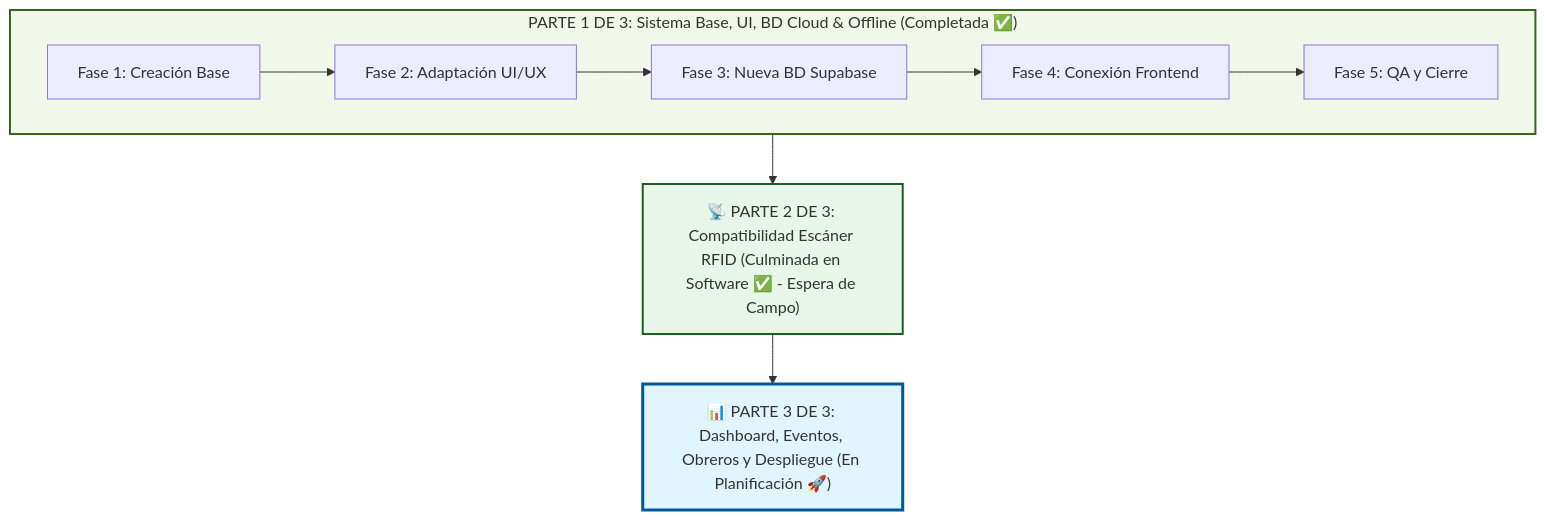
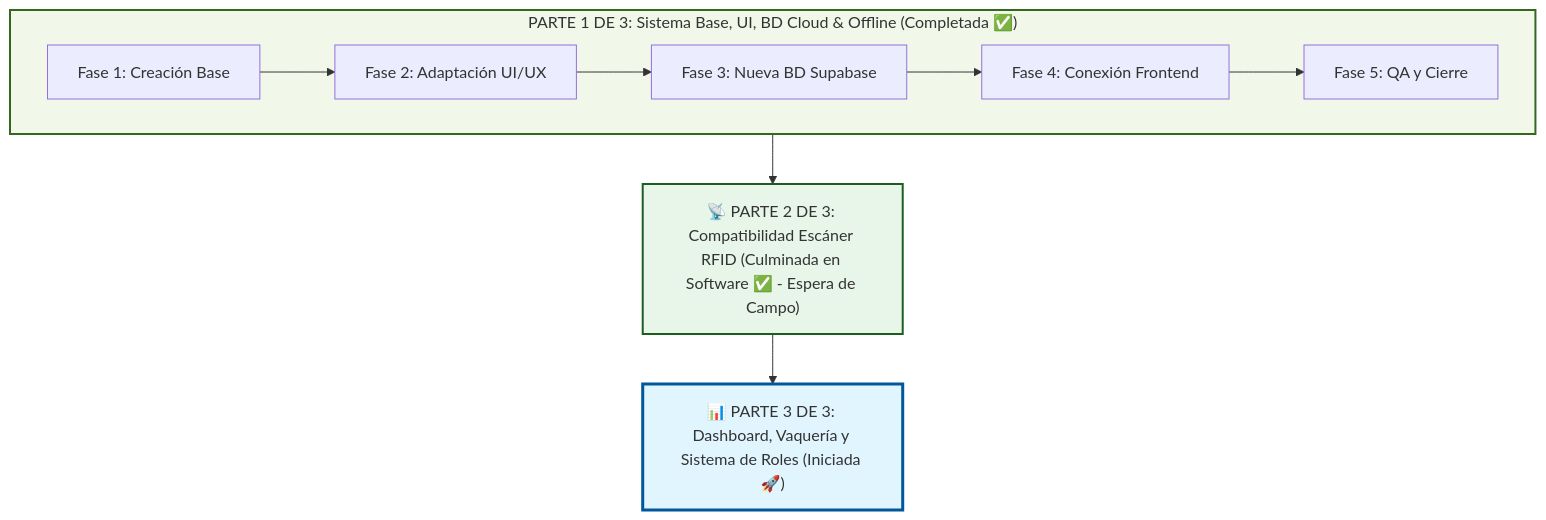
The diagram in planificacion.md (JorgeM11/Gesti-n_Ganadera), drawn with Mermaid before and after one commit. The commit also changed other lines of this file and 5 other files, not shown here.

````diff
--- a/planificacion.md
+++ b/planificacion.md
@@ -18,16 +18,16 @@
 ```mermaid
 flowchart TD
     subgraph P1["PARTE 1 DE 3: Sistema Base, UI, BD Cloud & Offline (Completada ✅)"]
         F1["Fase 1: Creación Base"] --> F2["Fase 2: Adaptación UI/UX"]
         F2 --> F3["Fase 3: Nueva BD Supabase"]
         F3 --> F4["Fase 4: Conexión Frontend"]
         F4 --> F5["Fase 5: QA y Cierre"]
     end
 
     P1 --> P2["📡 PARTE 2 DE 3: Compatibilidad Escáner RFID (Culminada en Software ✅ - Espera de Campo)"]
-    P2 --> P3["📊 PARTE 3 DE 3: Dashboard, Eventos, Obreros y Despliegue (En Planificación 🚀)"]
+    P2 --> P3["📊 PARTE 3 DE 3: Dashboard, Vaquería y Sistema de Roles (Iniciada 🚀)"]
 
     style P1 fill:#f1f8e9,stroke:#33691e,stroke-width:2px
     style P2 fill:#e8f5e9,stroke:#1b5e20,stroke-width:2px
     style P3 fill:#e1f5fe,stroke:#01579b,stroke-width:3px
 ```
````
